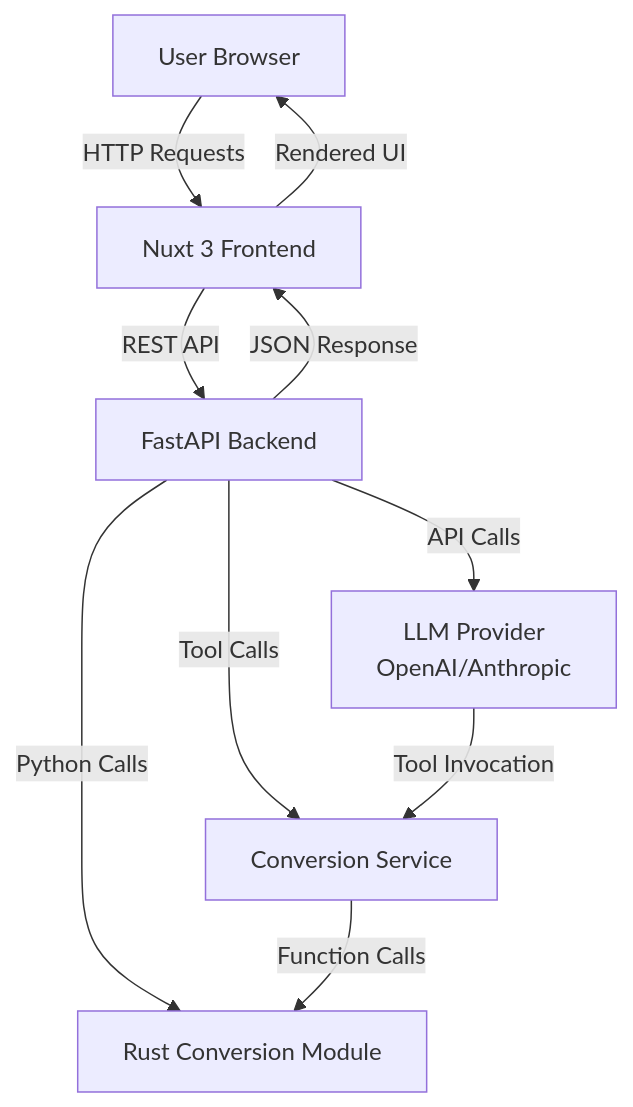
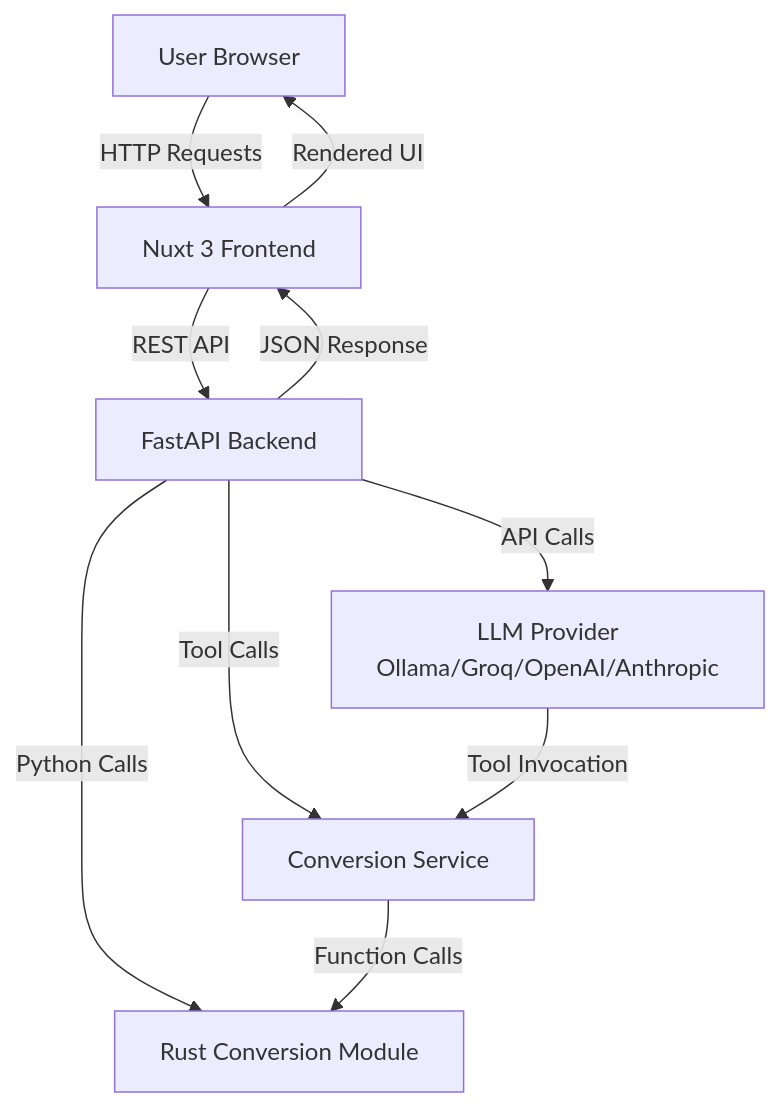
One commit to ZanzibarNuclear/crazy-converter changed the first of 3 diagrams in docs/architecture.md. Above: the diagram before and after it, drawn with Mermaid. The commit also changed other lines of this file and 8 other files, not shown here.

First line of the commit message:
feat(llm): add Ollama and Groq providers, default to free local Ollama

````diff
--- a/docs/architecture.md
+++ b/docs/architecture.md
@@ -9,12 +9,12 @@
 ```mermaid
 flowchart TD
     User[User Browser] -->|HTTP Requests| Frontend[Nuxt 3 Frontend]
     Frontend -->|REST API| Backend[FastAPI Backend]
     Backend -->|Python Calls| RustModule[Rust Conversion Module]
-    Backend -->|API Calls| LLM[LLM Provider<br/>OpenAI/Anthropic]
+    Backend -->|API Calls| LLM[LLM Provider<br/>Ollama/Groq/OpenAI/Anthropic]
     Backend -->|Tool Calls| ConversionService[Conversion Service]
     ConversionService -->|Function Calls| RustModule
     LLM -->|Tool Invocation| ConversionService
     Backend -->|JSON Response| Frontend
     Frontend -->|Rendered UI| User
 ```
````
